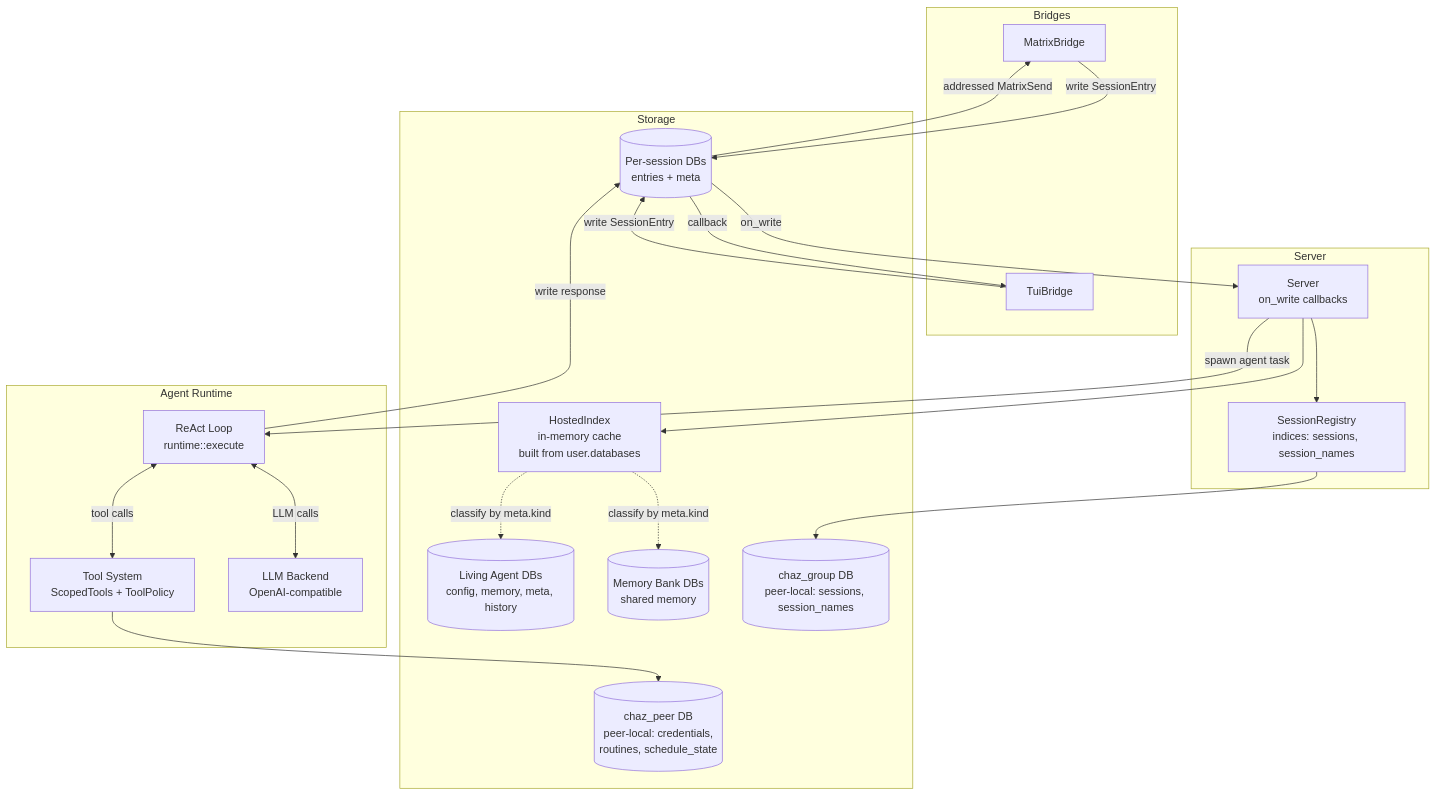
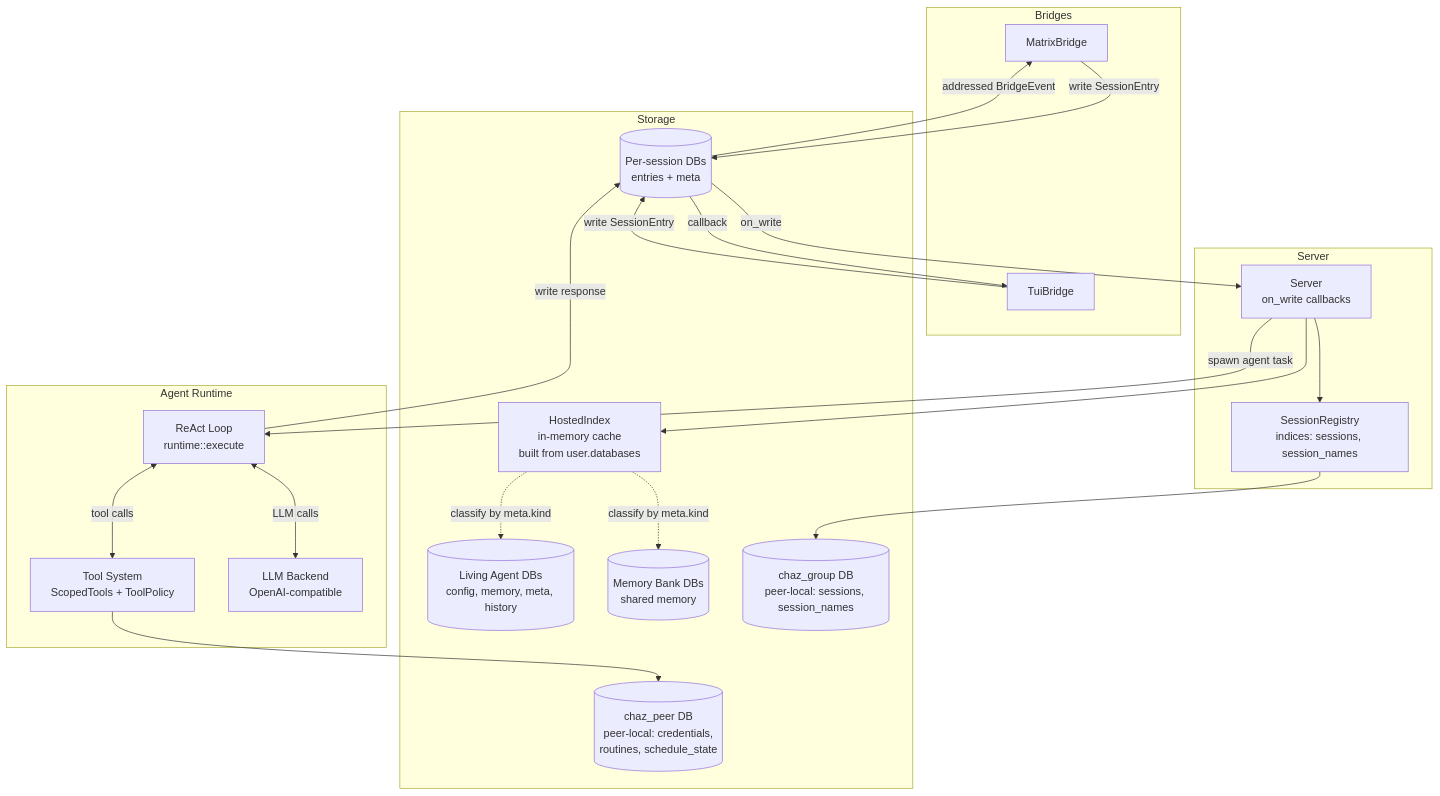
The diagram in docs/src/architecture/overview.md (arcuru/chaz), drawn with Mermaid before and after one commit. The commit also changed other lines of this file and 16 other files, not shown here.

````diff
--- a/docs/src/architecture/overview.md
+++ b/docs/src/architecture/overview.md
@@ -16,43 +16,43 @@
 ```mermaid
 graph TD
     subgraph Bridges
         MG[MatrixBridge]
         TG[TuiBridge]
     end
 
     subgraph Server
         SV[Server<br/>on_write callbacks]
         SR[SessionRegistry<br/>indices: sessions, session_names]
     end
 
     subgraph "Agent Runtime"
         RT[ReAct Loop<br/>runtime::execute]
         TS[Tool System<br/>ScopedTools + ToolPolicy]
         LLM[LLM Backend<br/>OpenAI-compatible]
     end
 
     subgraph Storage
         EI[(Per-session DBs<br/>entries + meta)]
         LA[(Living Agent DBs<br/>config, memory, meta, history)]
         MB[(Memory Bank DBs<br/>shared memory)]
         CG[(chaz_group DB<br/>peer-local: sessions, session_names)]
         CP[(chaz_peer DB<br/>peer-local: credentials,<br/>routines, schedule_state)]
         HI[HostedIndex<br/>in-memory cache<br/>built from user.databases]
     end
 
     MG -->|write SessionEntry| EI
     TG -->|write SessionEntry| EI
     EI -->|on_write| SV
     SV -->|spawn agent task| RT
     RT <-->|tool calls| TS
     RT <-->|LLM calls| LLM
     RT -->|write response| EI
-    EI -->|addressed MatrixSend| MG
+    EI -->|addressed BridgeEvent| MG
     EI -->|callback| TG
     SV --> SR
     SR --> CG
     TS --> CP
     SV --> HI
     HI -.->|classify by meta.kind| LA
     HI -.->|classify by meta.kind| MB
 ```
````
